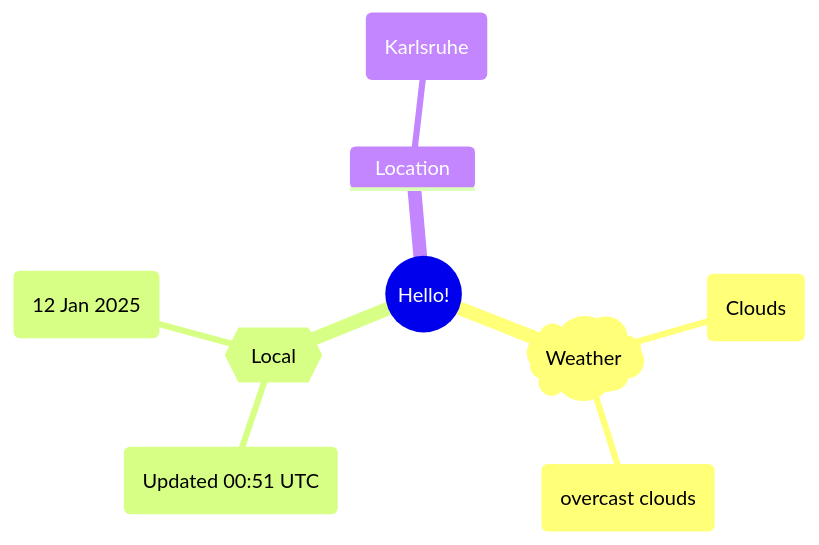
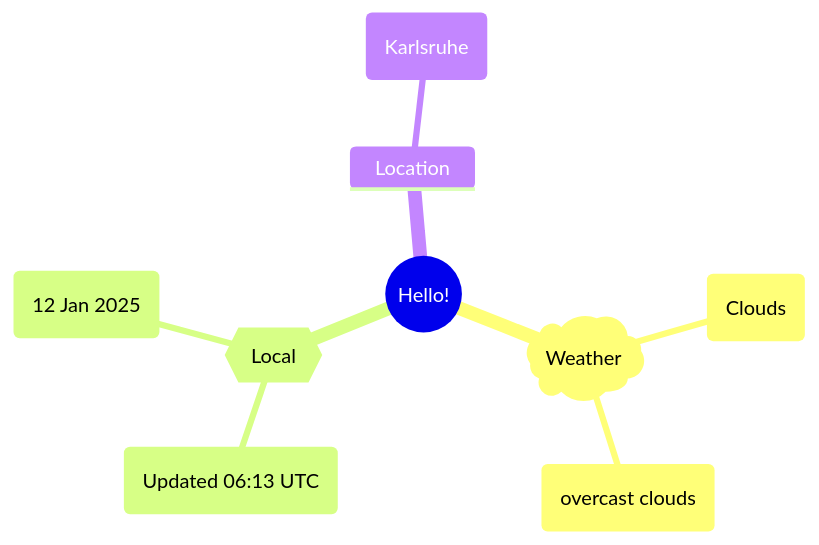
The first of 2 diagrams in README.md (Xosrov/Xosrov), drawn with Mermaid before and after one commit.

Commit message:
[bot] updated images

````diff
--- a/README.md
+++ b/README.md
@@ -3,12 +3,12 @@
 ```mermaid
 mindmap
   root((Hello!))
     )Weather(
         (Clouds)
         (overcast clouds)
     {{Local}}
-        (Updated 00:51 UTC)
+        (Updated 06:13 UTC)
         (12 Jan 2025)
     Location
         (Karlsruhe)
 ```
````
